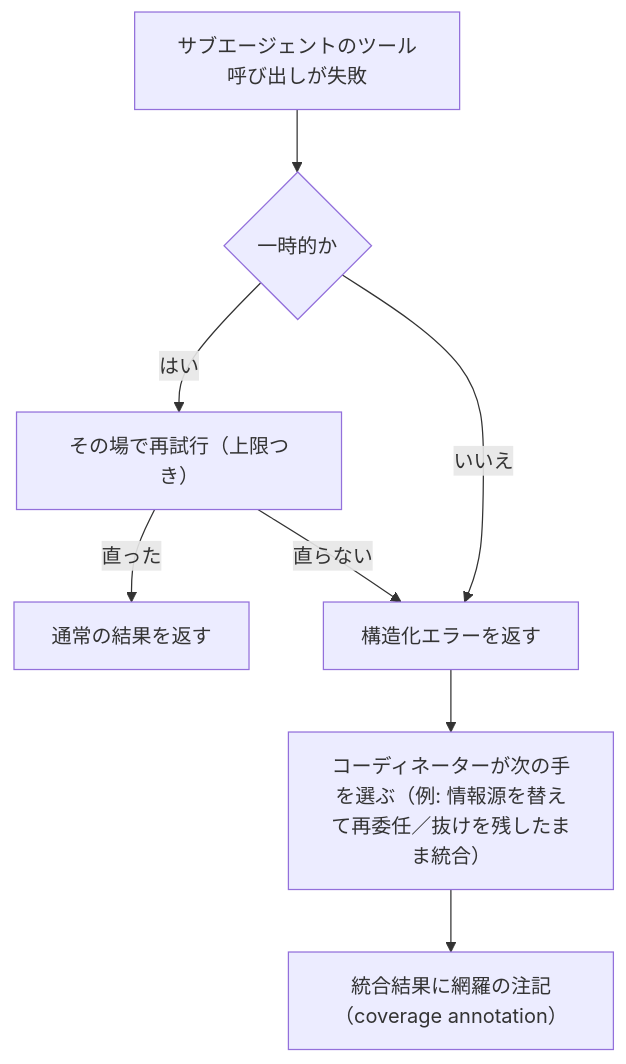
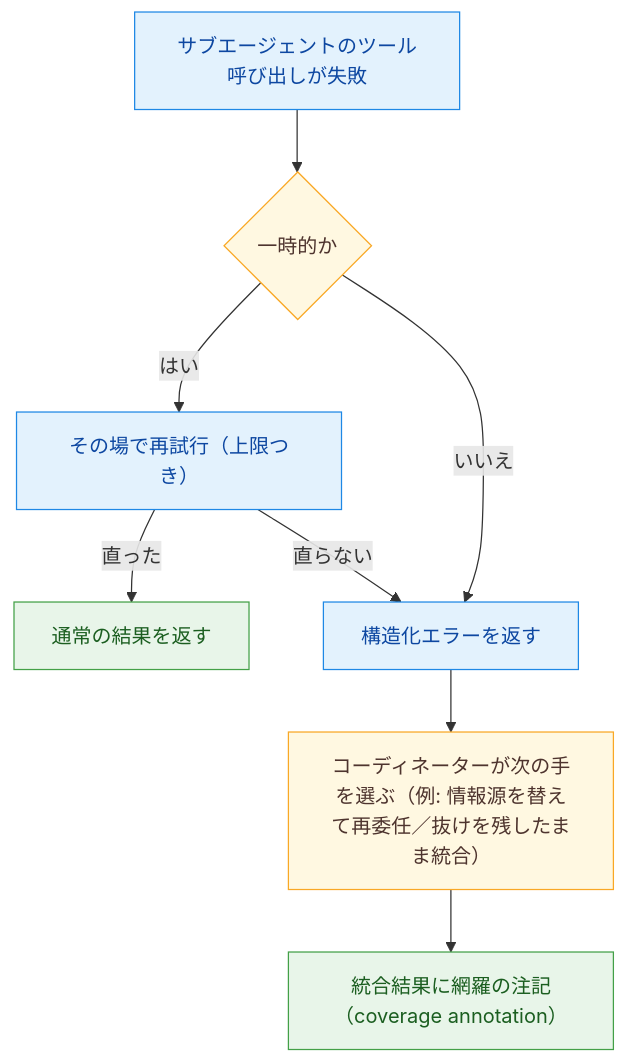
The diagram in ccaf/notes/05-context-reliability/multiagent-error-propagation.md (yuya-take/yuya-exam-notes), drawn with Mermaid before and after one commit. The commit also changed other lines of this file and 50 other files, not shown here.

````diff
--- a/ccaf/notes/05-context-reliability/multiagent-error-propagation.md
+++ b/ccaf/notes/05-context-reliability/multiagent-error-propagation.md
@@ -13,10 +12,16 @@
 ```mermaid
 flowchart TD
   A[サブエージェントのツール呼び出しが失敗] --> B{一時的か}
-  B -- はい --> C[その場で再試行（上限つき）]
+  B -- はい --> C["その場で再試行（上限つき）"]
   C -- 直った --> D[通常の結果を返す]
   C -- 直らない --> E[構造化エラーを返す]
   B -- いいえ --> E
-  E --> F[コーディネーターが次の手を選ぶ（例: 情報源を替えて再委任／抜けを残したまま統合）]
-  F --> G[統合結果に網羅の注記（coverage annotation）]
+  E --> F["コーディネーターが次の手を選ぶ（例: 情報源を替えて再委任／抜けを残したまま統合）"]
+  F --> G["統合結果に網羅の注記（coverage annotation）"]
+  classDef run fill:#e3f2fd,stroke:#1e88e5,color:#0d47a1
+  classDef judge fill:#fff8e1,stroke:#f9a825,color:#4e342e
+  classDef done fill:#e8f5e9,stroke:#43a047,color:#1b5e20
+  class A,C,E run
+  class B,F judge
+  class D,G done
 ```
````
